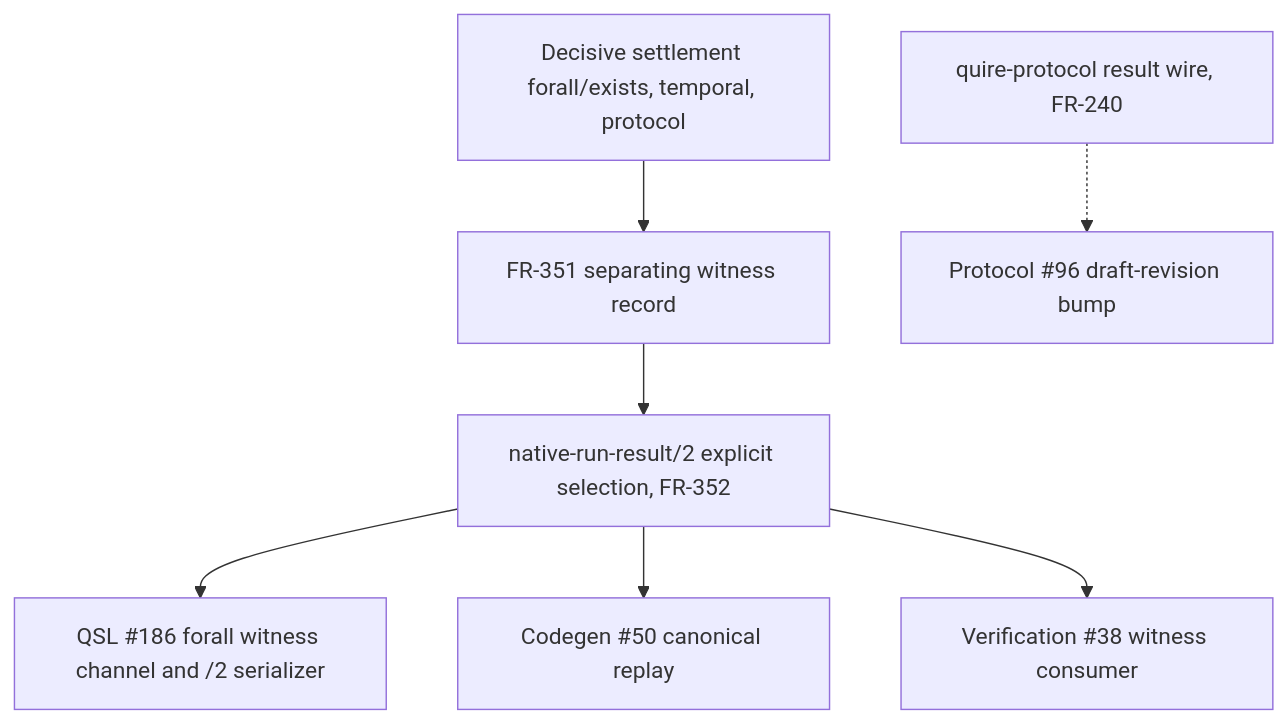
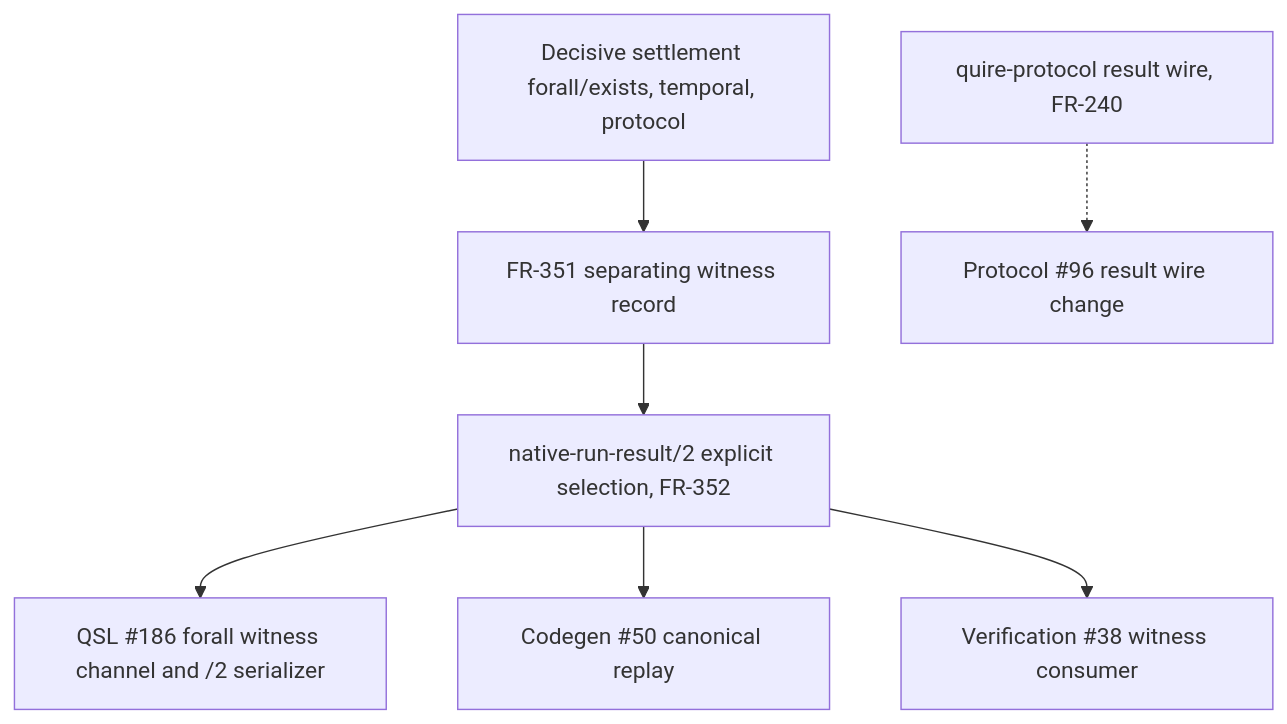
Before and after one commit to agent-ix/quire-specification: the diagram in spec/assurance/AD-014-separating-witness-wire-architecture.md, drawn with Mermaid. The commit also changed other lines of this file and 59 other files, not shown here.

````diff
--- a/spec/assurance/AD-014-separating-witness-wire-architecture.md
+++ b/spec/assurance/AD-014-separating-witness-wire-architecture.md
@@ -31,9 +30,9 @@
 ```mermaid
 flowchart TD
   D[Decisive settlement forall/exists, temporal, protocol] --> W[FR-351 separating witness record]
   W --> V2[native-run-result/2 explicit selection, FR-352]
   V2 --> S[QSL #186 forall witness channel and /2 serializer]
   V2 --> C[Codegen #50 canonical replay]
   V2 --> R[Verification #38 witness consumer]
-  P[quire-protocol result wire, FR-240] -.-> B[Protocol #96 draft-revision bump]
+  P[quire-protocol result wire, FR-240] -.-> B[Protocol #96 result wire change]
 ```
````
